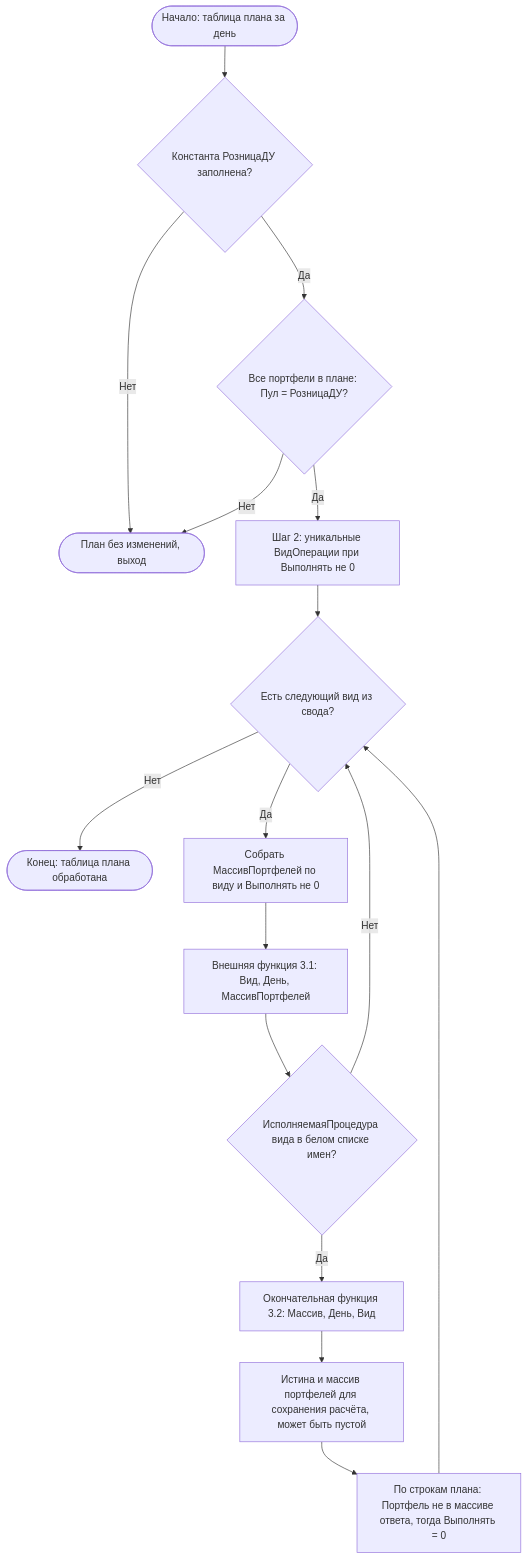
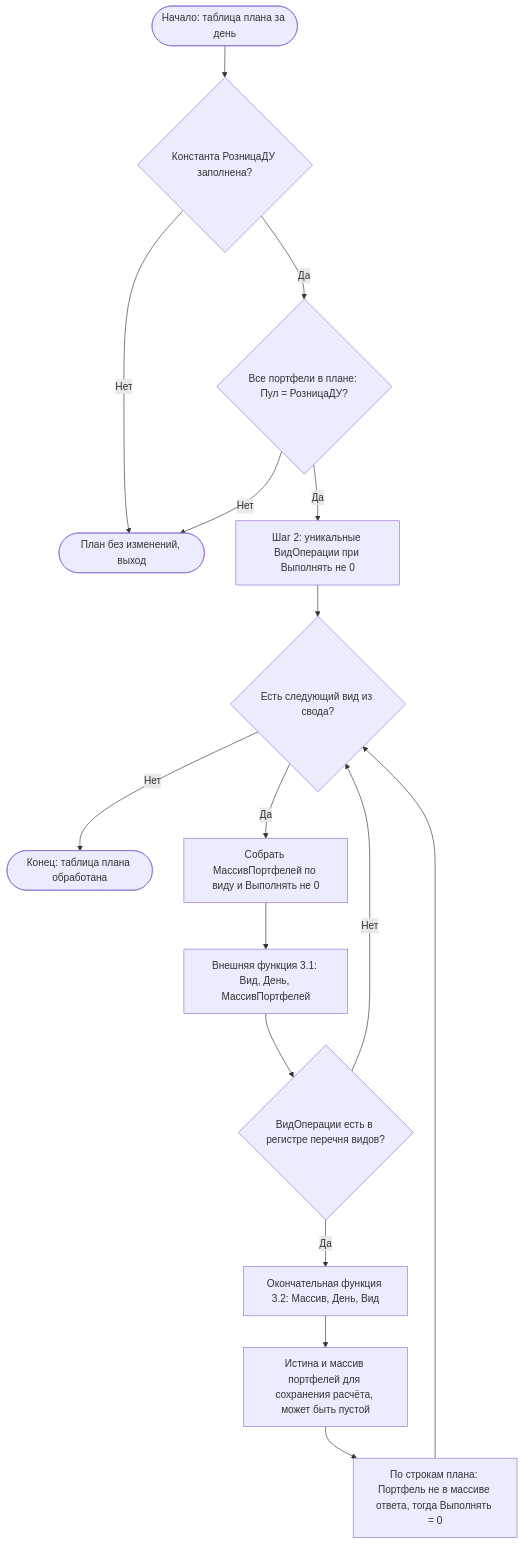
The diagram in bases/WIM_FIn/projects/IMDEV-8641 Оптимизация регламентных операций в ФИН под РДУ/Документация/filter_plan_regl_operations_table_integration.md (mmmmmm786mngb-jpg/WIM_DEV), drawn with Mermaid before and after one commit. The commit also changed other lines of this file and 4 other files, not shown here.

````diff
--- a/bases/WIM_FIn/projects/IMDEV-8641 Оптимизация регламентных операций в ФИН под РДУ/Документация/filter_plan_regl_operations_table_integration.md
+++ b/bases/WIM_FIn/projects/IMDEV-8641 Оптимизация регламентных операций в ФИН под РДУ/Документация/filter_plan_regl_operations_table_integration.md
@@ -45,18 +51,18 @@
 ```mermaid
 flowchart TD
     A([Начало: таблица плана за день]) --> B{Константа РозницаДУ заполнена?}
     B -->|Нет| Z1([План без изменений, выход])
     B -->|Да| C{Все портфели в плане: Пул = РозницаДУ?}
     C -->|Нет| Z1
     C -->|Да| D[Шаг 2: уникальные ВидОперации при Выполнять не 0]
     D --> E{Есть следующий вид из свода?}
     E -->|Нет| Z2([Конец: таблица плана обработана])
     E -->|Да| F[Собрать МассивПортфелей по виду и Выполнять не 0]
     F --> G[Внешняя функция 3.1: Вид, День, МассивПортфелей]
-    G --> H{ИсполняемаяПроцедура вида в белом списке имен?}
+    G --> H{ВидОперации есть в регистре перечня видов?}
     H -->|Нет| E
     H -->|Да| I[Окончательная функция 3.2: Массив, День, Вид]
     I --> J[Истина и массив портфелей для сохранения расчёта, может быть пустой]
     J --> K[По строкам плана: Портфель не в массиве ответа, тогда Выполнять = 0]
     K --> E
 ```
````
